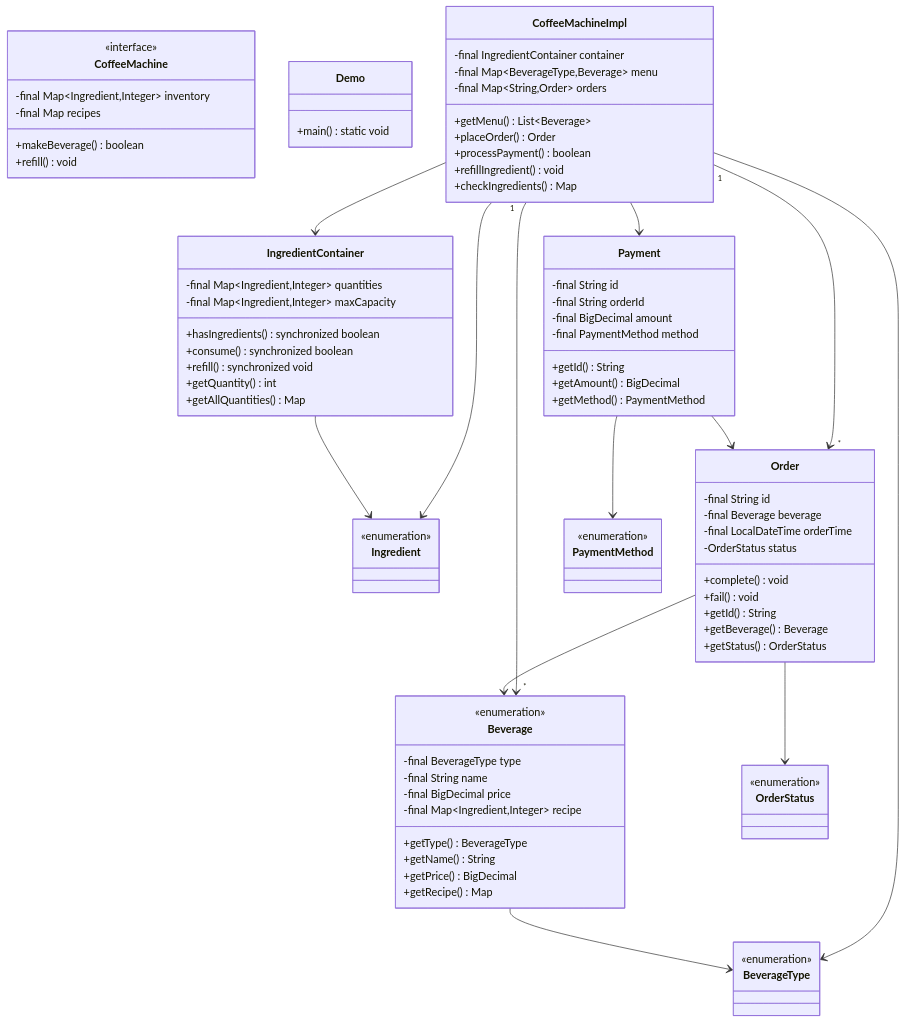
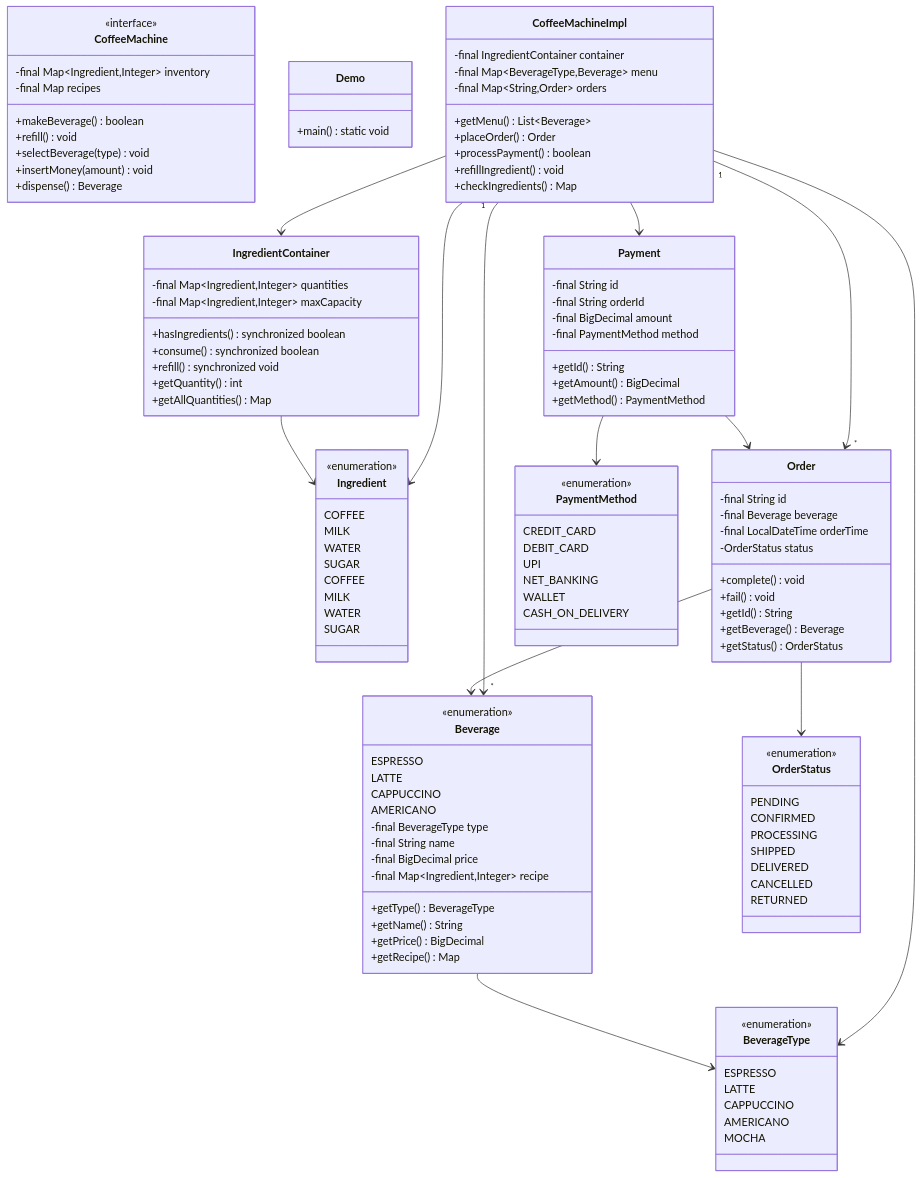
The diagram in docs/problems/coffeemachine/README.md (dlkr18/lld-playbook), drawn with Mermaid before and after one commit. The commit also changed 95 other files, not shown here.

````diff
--- a/docs/problems/coffeemachine/README.md
+++ b/docs/problems/coffeemachine/README.md
@@ -376,11 +376,21 @@
 ```mermaid
 classDiagram
 
-    class Ingredient
-    <<enumeration>> Ingredient
+    class Ingredient {
+        <<enumeration>>
+        COFFEE
+        MILK
+        WATER
+        SUGAR
+    }
 
-    class Beverage
-    <<enumeration>> Beverage
+    class Beverage {
+        <<enumeration>>
+        ESPRESSO
+        LATTE
+        CAPPUCCINO
+        AMERICANO
+    }
 
     class CoffeeMachine {
         -final Map~Ingredient,Integer~ inventory
@@ -436,14 +446,34 @@
         +getMethod() PaymentMethod
     }
 
-    class Ingredient
-    <<enumeration>> Ingredient
+    class Ingredient {
+        <<enumeration>>
+        COFFEE
+        MILK
+        WATER
+        SUGAR
+    }
 
-    class OrderStatus
-    <<enumeration>> OrderStatus
+    class OrderStatus {
+        <<enumeration>>
+        PENDING
+        CONFIRMED
+        PROCESSING
+        SHIPPED
+        DELIVERED
+        CANCELLED
+        RETURNED
+    }
 
-    class PaymentMethod
-    <<enumeration>> PaymentMethod
+    class PaymentMethod {
+        <<enumeration>>
+        CREDIT_CARD
+        DEBIT_CARD
+        UPI
+        NET_BANKING
+        WALLET
+        CASH_ON_DELIVERY
+    }
 
     class Beverage {
         -final BeverageType type
@@ -456,11 +486,21 @@
         +getRecipe() Map<Ingredient, Integer>
     }
 
-    class BeverageType
-    <<enumeration>> BeverageType
+    class BeverageType {
+        <<enumeration>>
+        ESPRESSO
+        LATTE
+        CAPPUCCINO
+        AMERICANO
+        MOCHA
+    }
 
-    class CoffeeMachine
-    <<interface>> CoffeeMachine
+    class CoffeeMachine {
+        <<interface>>
+        +selectBeverage(type) void
+        +insertMoney(amount) void
+        +dispense() Beverage
+    }
 
     CoffeeMachineImpl --> IngredientContainer
     CoffeeMachineImpl "1" --> "*" Beverage
````
